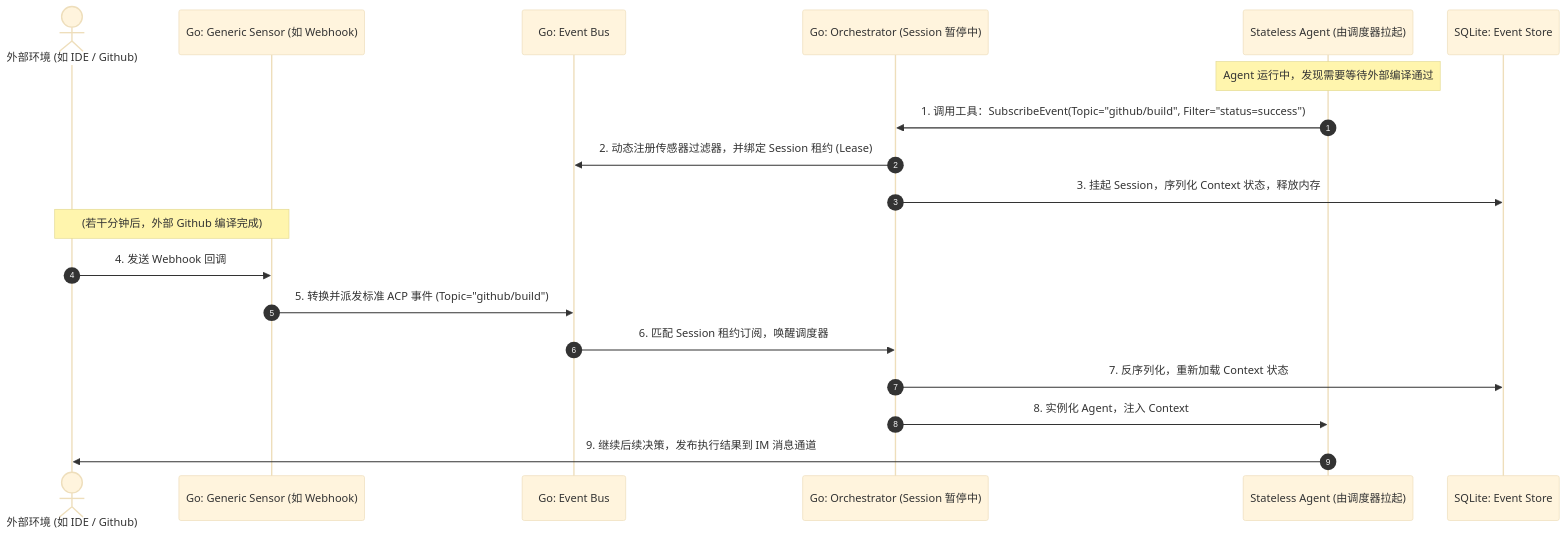
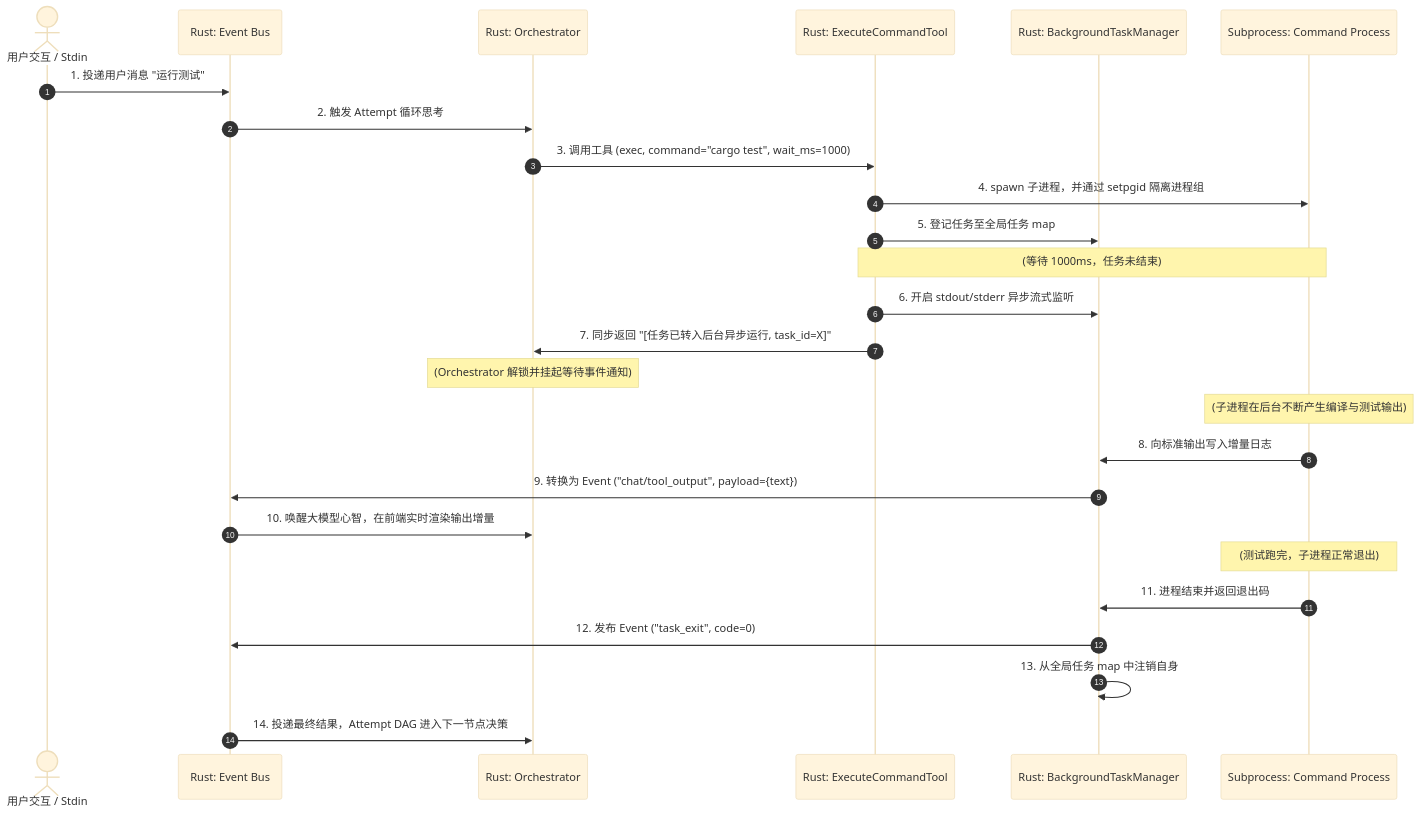
Before and after one commit to morphz-ai/morphz: the second of 2 diagrams in docs/morphz_overall_architecture.md, drawn with Mermaid (base theme). The commit also changed other lines of this file and 55 other files, not shown here.

````diff
--- a/docs/morphz_overall_architecture.md
+++ b/docs/morphz_overall_architecture.md
@@ -134,23 +93,31 @@
 ```mermaid
 sequenceDiagram
     autonumber
-    actor User as 外部环境 (如 IDE / Github)
-    participant SS as Go: Generic Sensor (如 Webhook)
-    participant EB as Go: Event Bus
-    participant OR as Go: Orchestrator (Session 暂停中)
-    participant AG as Stateless Agent (由调度器拉起)
-    participant DB as SQLite: Event Store
+    actor User as 用户交互 / Stdin
+    participant EB as Rust: Event Bus
+    participant OR as Rust: Orchestrator
+    participant TL as Rust: ExecuteCommandTool
+    participant TS as Rust: BackgroundTaskManager
+    participant CP as Subprocess: Command Process
 
-    Note over AG: Agent 运行中，发现需要等待外部编译通过
-    AG->>OR: 1. 调用工具：SubscribeEvent(Topic="github/build", Filter="status=success")
-    OR->>EB: 2. 动态注册传感器过滤器，并绑定 Session 租约 (Lease)
-    OR->>DB: 3. 挂起 Session，序列化 Context 状态，释放内存
+    User->>EB: 1. 投递用户消息 "运行测试"
+    EB->>OR: 2. 触发 Attempt 循环思考
+    OR->>TL: 3. 调用工具 (exec, command="cargo test", wait_ms=1000)
+    TL->>CP: 4. spawn 子进程，并通过 setpgid 隔离进程组
+    TL->>TS: 5. 登记任务至全局任务 map
+    Note over TL, CP: (等待 1000ms，任务未结束)
+    TL->>TS: 6. 开启 stdout/stderr 异步流式监听
+    TL->>OR: 7. 同步返回 "[任务已转入后台异步运行, task_id=X]"
+    Note over OR: (Orchestrator 解锁并挂起等待事件通知)
 
-    Note over User, SS: (若干分钟后，外部 Github 编译完成)
-    User->>SS: 4. 发送 Webhook 回调
-    SS->>EB: 5. 转换并派发标准 ACP 事件 (Topic="github/build")
-    EB->>OR: 6. 匹配 Session 租约订阅，唤醒调度器
-    OR->>DB: 7. 反序列化，重新加载 Context 状态
-    OR->>AG: 8. 实例化 Agent，注入 Context
-    AG->>User: 9. 继续后续决策，发布执行结果到 IM 消息通道
+    Note over CP: (子进程在后台不断产生编译与测试输出)
+    CP->>TS: 8. 向标准输出写入增量日志
+    TS->>EB: 9. 转换为 Event ("chat/tool_output", payload={text})
+    EB->>OR: 10. 唤醒大模型心智，在前端实时渲染输出增量
+
+    Note over CP: (测试跑完，子进程正常退出)
+    CP->>TS: 11. 进程结束并返回退出码
+    TS->>EB: 12. 发布 Event ("task_exit", code=0)
+    TS->>TS: 13. 从全局任务 map 中注销自身
+    EB->>OR: 14. 投递最终结果，Attempt DAG 进入下一节点决策
 ```
````
